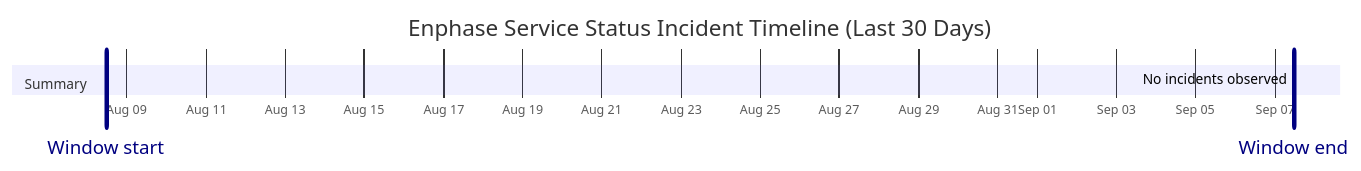
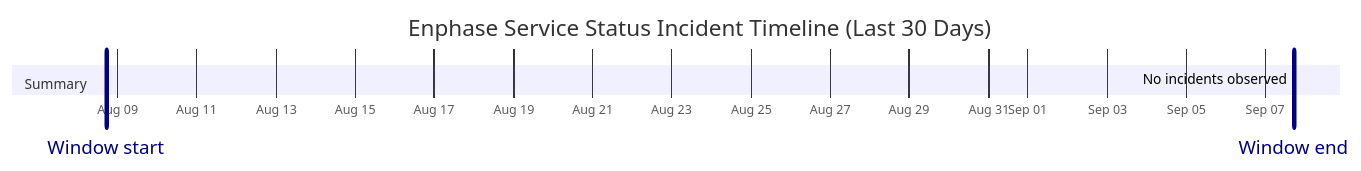
One commit to barneyonline/ha-enphase-energy changed the diagram in wiki/Service-Status-History.md. Above: the diagram before and after it, drawn with Mermaid. The commit also changed other lines of this file and 3 other files, not shown here.

````diff
--- a/wiki/Service-Status-History.md
+++ b/wiki/Service-Status-History.md
@@ -14,10 +14,10 @@
 ```mermaid
 gantt
     title Enphase Service Status Incident Timeline (Last 30 Days)
     dateFormat  YYYY-MM-DDTHH:mm:ss
     axisFormat  %b %d
-    Window start :vert, window-start, 2026-08-08T11:37:41, 0ms
-    Window end :vert, window-end, 2026-09-07T11:37:41, 0ms
+    Window start :vert, window-start, 2026-08-08T17:16:20, 0ms
+    Window end :vert, window-end, 2026-09-07T17:16:20, 0ms
     section Summary
-    No incidents observed :done, 2026-09-07T11:37:41, 1m
+    No incidents observed :done, 2026-09-07T17:16:20, 1m
 ```
````
